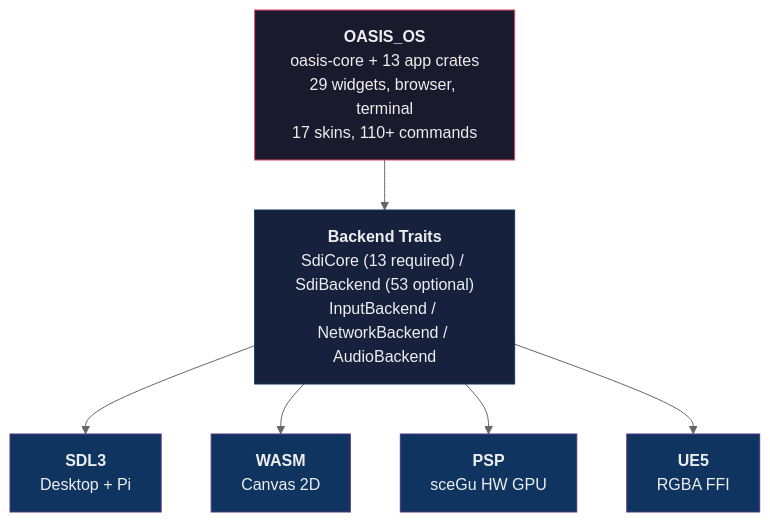
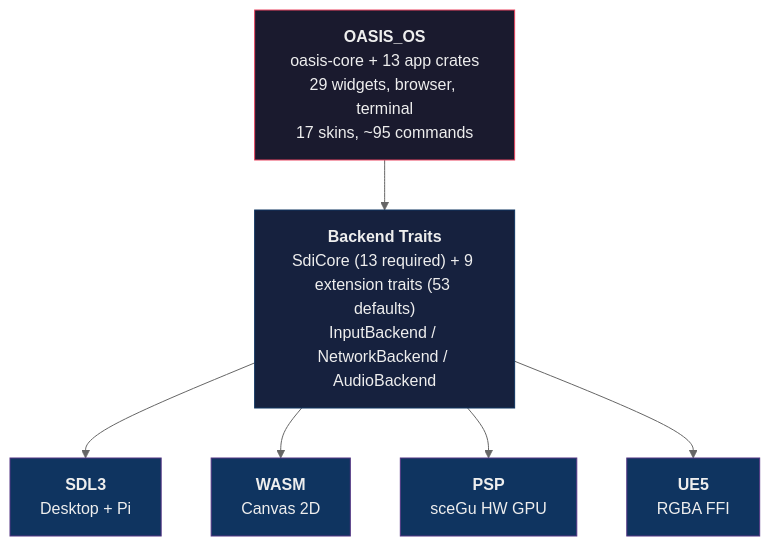
The diagram in README.md (AndrewAltimit/oasis-os), drawn with Mermaid (neutral theme) before and after one commit. The commit also changed other lines of this file and 2 other files, not shown here.

````diff
--- a/README.md
+++ b/README.md
@@ -54,23 +91,23 @@
 ```mermaid
 graph TD
-    APP["<b>OASIS_OS</b><br/>oasis-core + 13 app crates<br/>29 widgets, browser, terminal<br/>17 skins, 110+ commands"]
-    TRAITS["<b>Backend Traits</b><br/>SdiCore (13 required) / SdiBackend (53 optional)<br/>InputBackend / NetworkBackend / AudioBackend"]
+    APP["<b>OASIS_OS</b><br/>oasis-core + 13 app crates<br/>29 widgets, browser, terminal<br/>17 skins, ~95 commands"]
+    TRAITS["<b>Backend Traits</b><br/>SdiCore (13 required) + 9 extension traits (53 defaults)<br/>InputBackend / NetworkBackend / AudioBackend"]
 
     SDL["<b>SDL3</b><br/>Desktop + Pi"]
     WASM["<b>WASM</b><br/>Canvas 2D"]
     PSP["<b>PSP</b><br/>sceGu HW GPU"]
     UE5["<b>UE5</b><br/>RGBA FFI"]
 
     APP --> TRAITS
     TRAITS --> SDL
     TRAITS --> WASM
     TRAITS --> PSP
     TRAITS --> UE5
 
     style APP fill:#1a1a2e,stroke:#e94560,color:#eee
     style TRAITS fill:#16213e,stroke:#0f3460,color:#eee
     style SDL fill:#0f3460,stroke:#533483,color:#eee
     style WASM fill:#0f3460,stroke:#533483,color:#eee
     style PSP fill:#0f3460,stroke:#533483,color:#eee
     style UE5 fill:#0f3460,stroke:#533483,color:#eee
 ```
````
